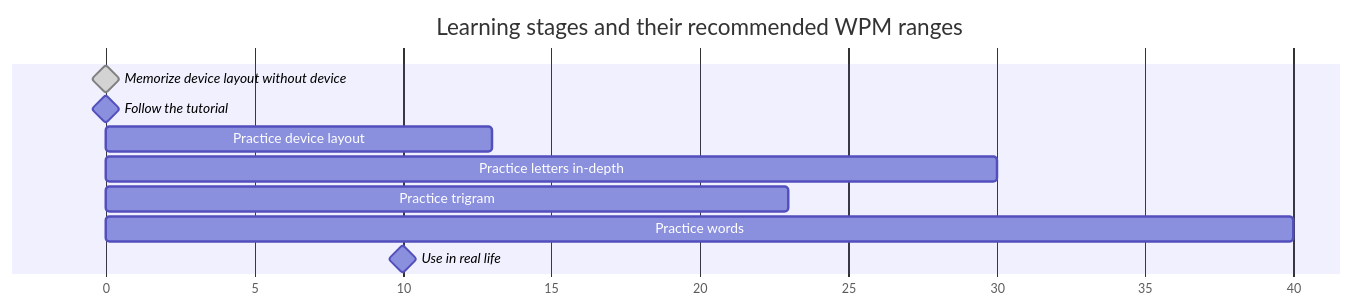
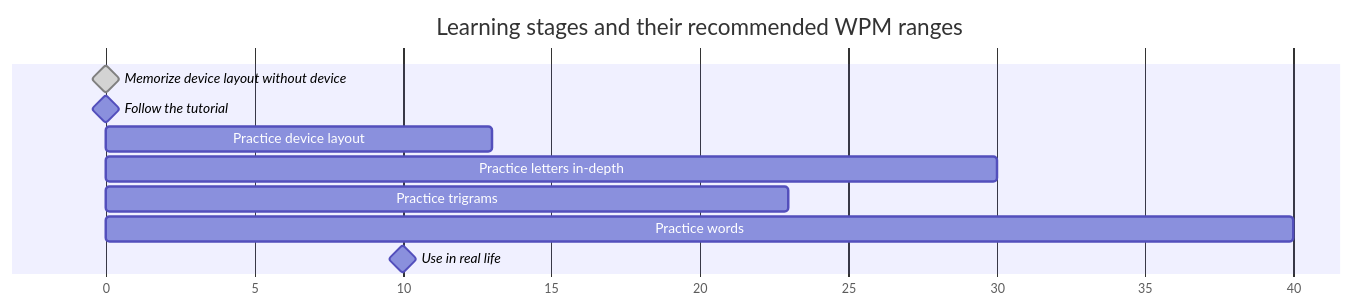
One commit to andy23512/blog-diagrams changed the diagram in diagrams/en/learning-stages.mmd. Above: the diagram before and after it, drawn with Mermaid.

Commit message:
fix: fix typo

```diff
--- a/diagrams/en/learning-stages.mmd
+++ b/diagrams/en/learning-stages.mmd
@@ -1,15 +1,15 @@
 ---
 config:
   themeCSS: ".grid .tick line { stroke: #bbb; }"
 ---
 gantt
     title Learning stages and their recommended WPM ranges
     dateFormat X
     axisFormat %s
     Memorize device layout without device: milestone, done, 0, 0
     Follow the tutorial: milestone, 0, 0
     Practice device layout: 0, 13
     Practice letters in-depth: 13, 30
-    Practice trigram: 13, 23
+    Practice trigrams: 13, 23
     Practice words: 20, 40
     Use in real life: milestone, 20, 20
```
